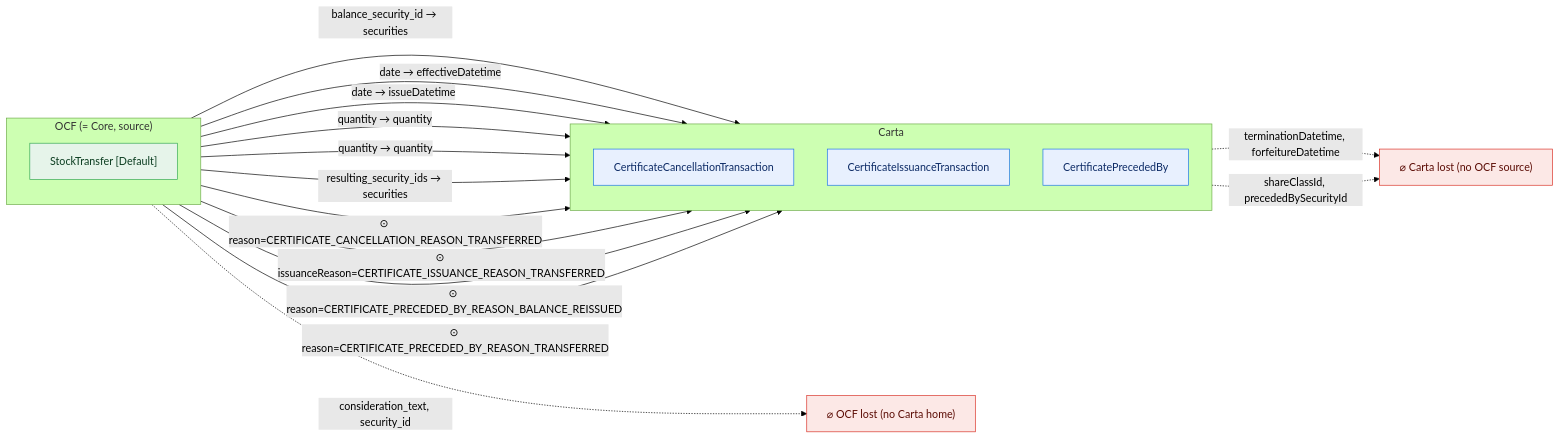
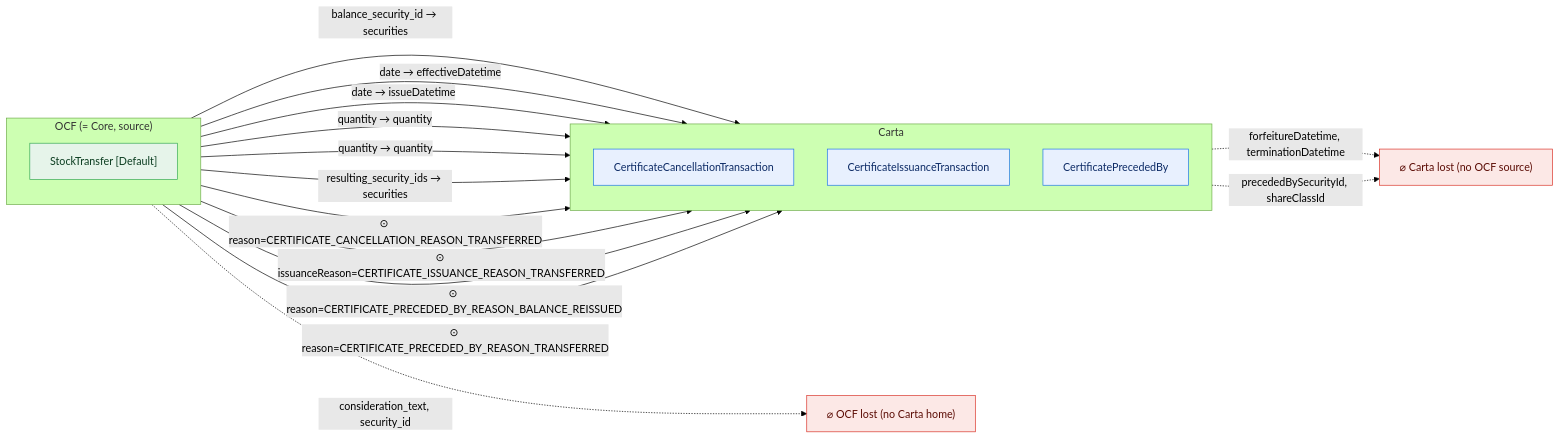
Diagram 11 of 47 in docs/core-bidirectional-flow.md (Open-Cap-Table-Coalition/OCF-Composed-Schemas), drawn with Mermaid (forest theme) before and after one commit. The commit also changed other lines of this file and 7 other files, not shown here.

````diff
--- a/docs/core-bidirectional-flow.md
+++ b/docs/core-bidirectional-flow.md
@@ -370,32 +393,32 @@
 ```mermaid
 flowchart LR
   classDef adm fill:#e6f4ea,stroke:#34a853,color:#0b3d20;
   classDef notadm fill:#f1f3f4,stroke:#9aa0a6,color:#5f6368,stroke-dasharray:4 3;
   classDef carta fill:#e8f0fe,stroke:#1a73e8,color:#0d2b66;
   classDef lost fill:#fce8e6,stroke:#d93025,color:#5c0d06;
   subgraph SRC["OCF (= Core, source)"]
     direction TB
     o0["StockTransfer [Default]"]:::adm
   end
   subgraph TGT["Carta"]
     direction TB
     t0["CertificateCancellationTransaction"]:::carta
     t1["CertificateIssuanceTransaction"]:::carta
     t2["CertificatePrecededBy"]:::carta
   end
   ocflost["⌀ OCF lost (no Carta home)"]:::lost
   cartalost["⌀ Carta lost (no OCF source)"]:::lost
   o0 -->|"balance_security_id → securities"| t2
   o0 -->|"date → effectiveDatetime"| t0
   o0 -->|"date → issueDatetime"| t1
   o0 -->|"quantity → quantity"| t0
   o0 -->|"quantity → quantity"| t1
   o0 -->|"resulting_security_ids → securities"| t2
   o0 -->|"⊙ reason=CERTIFICATE_CANCELLATION_REASON_TRANSFERRED"| t0
   o0 -->|"⊙ issuanceReason=CERTIFICATE_ISSUANCE_REASON_TRANSFERRED"| t1
   o0 -->|"⊙ reason=CERTIFICATE_PRECEDED_BY_REASON_BALANCE_REISSUED"| t2
   o0 -->|"⊙ reason=CERTIFICATE_PRECEDED_BY_REASON_TRANSFERRED"| t2
   o0 -.->|"consideration_text, security_id"| ocflost
-  t0 -.->|"terminationDatetime, forfeitureDatetime"| cartalost
-  t1 -.->|"shareClassId, precededBySecurityId"| cartalost
+  t0 -.->|"forfeitureDatetime, terminationDatetime"| cartalost
+  t1 -.->|"precededBySecurityId, shareClassId"| cartalost
 ```
````
